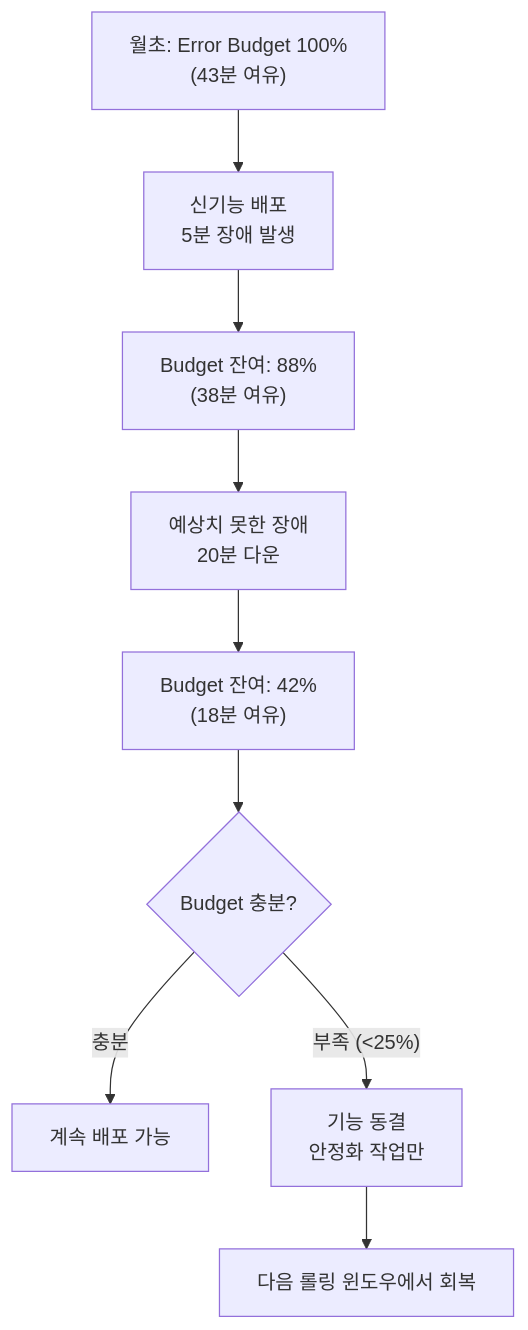
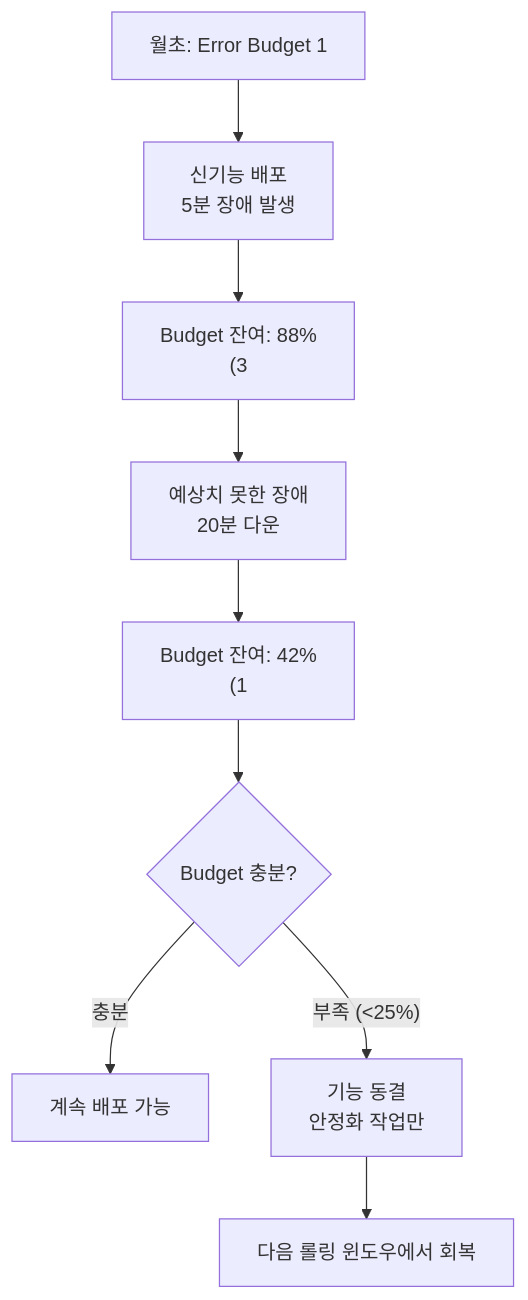
The fourth of 8 diagrams in _posts/monitoring/2026-05-03-sre-golden-signals.md (yjkim2015/yjkim2015.github.io), drawn with Mermaid before and after one commit. The commit also changed other lines of this file and 271 other files, not shown here.

First line of the commit message:
Mermaid 라벨 축소: 긴 노드 텍스트 18자 이하로 트림 + \n 제거

````diff
--- a/_posts/monitoring/2026-05-03-sre-golden-signals.md
+++ b/_posts/monitoring/2026-05-03-sre-golden-signals.md
@@ -286,12 +286,12 @@
 ```mermaid
 graph TD
-    START["월초: Error Budget 100%\n(43분 여유)"]
+    START["월초: Error Budget 1"]
     START --> DEPLOY["신기능 배포\n5분 장애 발생"]
-    DEPLOY --> REMAIN1["Budget 잔여: 88%\n(38분 여유)"]
+    DEPLOY --> REMAIN1["Budget 잔여: 88%\n(3"]
     REMAIN1 --> INCIDENT["예상치 못한 장애\n20분 다운"]
-    INCIDENT --> REMAIN2["Budget 잔여: 42%\n(18분 여유)"]
+    INCIDENT --> REMAIN2["Budget 잔여: 42%\n(1"]
     REMAIN2 --> DECIDE{"Budget 충분?"}
     DECIDE -->|"충분"| CONTINUE["계속 배포 가능"]
     DECIDE -->|"부족 (<25%)"| FREEZE["기능 동결\n안정화 작업만"]
     FREEZE --> NEXT["다음 롤링 윈도우에서 회복"]
 ```
````
